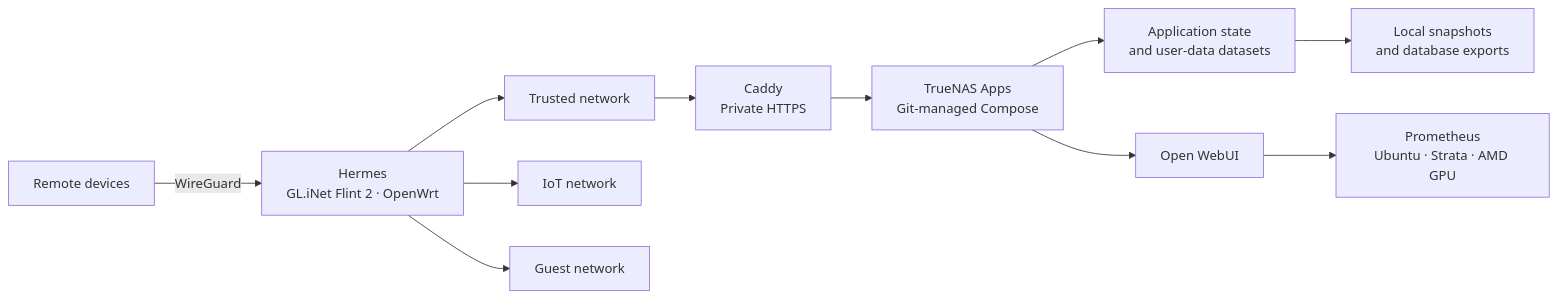
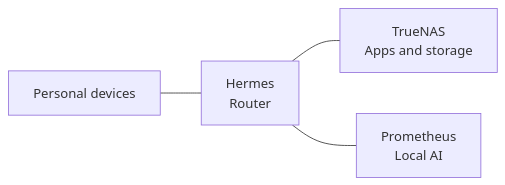
The diagram in README.md (AldogPlays/Homelab), drawn with Mermaid before and after one commit. The commit also changed other lines of this file and 2 other files, not shown here.

Commit message:
Simplify architecture overview and add focused network diagrams

````diff
--- a/README.md
+++ b/README.md
@@ -11,13 +11,6 @@
 ```mermaid
 flowchart LR
-    Remote["Remote devices"] -->|WireGuard| Router["Hermes<br/>GL.iNet Flint 2 · OpenWrt"]
-    Router --> Trusted["Trusted network"]
-    Router --> IoT["IoT network"]
-    Router --> Guest["Guest network"]
-    Trusted --> Proxy["Caddy<br/>Private HTTPS"]
-    Proxy --> Apps["TrueNAS Apps<br/>Git-managed Compose"]
-    Apps --> State["Application state<br/>and user-data datasets"]
-    Apps --> WebUI["Open WebUI"]
-    WebUI --> AI["Prometheus<br/>Ubuntu · Strata · AMD GPU"]
-    State --> Recovery["Local snapshots<br/>and database exports"]
+    Devices["Personal devices"] --- Router["Hermes<br/>Router"]
+    Router --- NAS["TrueNAS<br/>Apps and storage"]
+    Router --- AI["Prometheus<br/>Local AI"]
 ```
````
